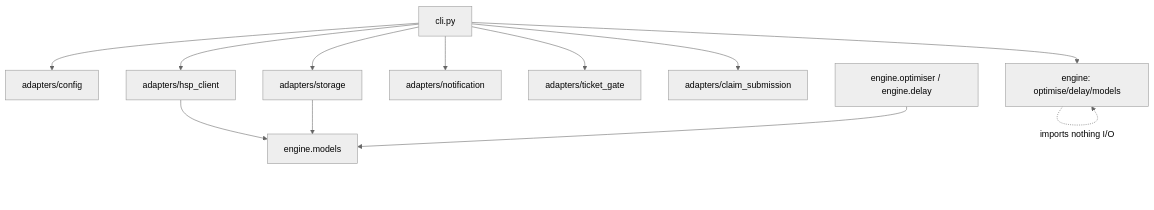
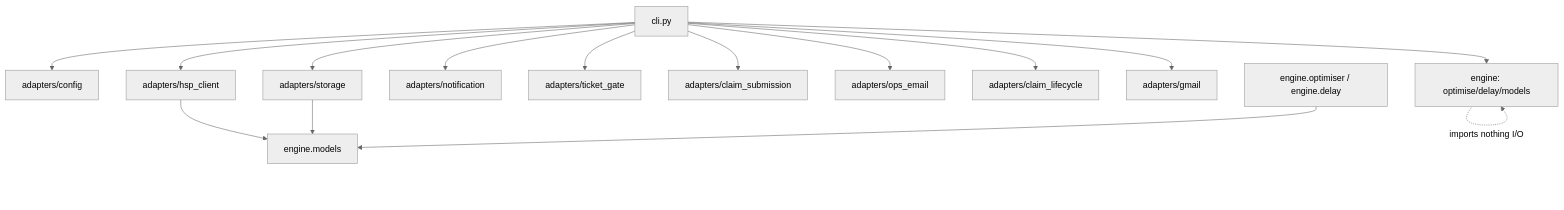
The first of 4 diagrams in _bmad-output/planning-artifacts/architecture/architecture-lateTrainQueries-2026-07-14/ARCHITECTURE-SPINE.md (simonjohnkwilliams/lateTrainQueries), drawn with Mermaid (neutral theme) before and after one commit. The commit also changed other lines of this file and 104 other files, not shown here.

First line of the commit message:
Start Release 6 on release/6: Epic 9 claim lifecycle store plus planning.

````diff
--- a/_bmad-output/planning-artifacts/architecture/architecture-lateTrainQueries-2026-07-14/ARCHITECTURE-SPINE.md
+++ b/_bmad-output/planning-artifacts/architecture/architecture-lateTrainQueries-2026-07-14/ARCHITECTURE-SPINE.md
@@ -79,14 +80,17 @@
 ```mermaid
 graph TD
     cli[cli.py] --> config[adapters/config]
     cli --> hsp[adapters/hsp_client]
     cli --> storage[adapters/storage]
     cli --> notif[adapters/notification]
     cli --> tgate[adapters/ticket_gate]
     cli --> csub[adapters/claim_submission]
+    cli --> ops[adapters/ops_email]
+    cli --> life[adapters/claim_lifecycle]
+    cli --> gmail[adapters/gmail]
     cli --> engine[engine: optimise/delay/models]
     hsp --> models[engine.models]
     storage --> models
     engine_inner[engine.optimiser / engine.delay] --> models
     engine -.imports nothing I/O.-> engine
 ```
````
